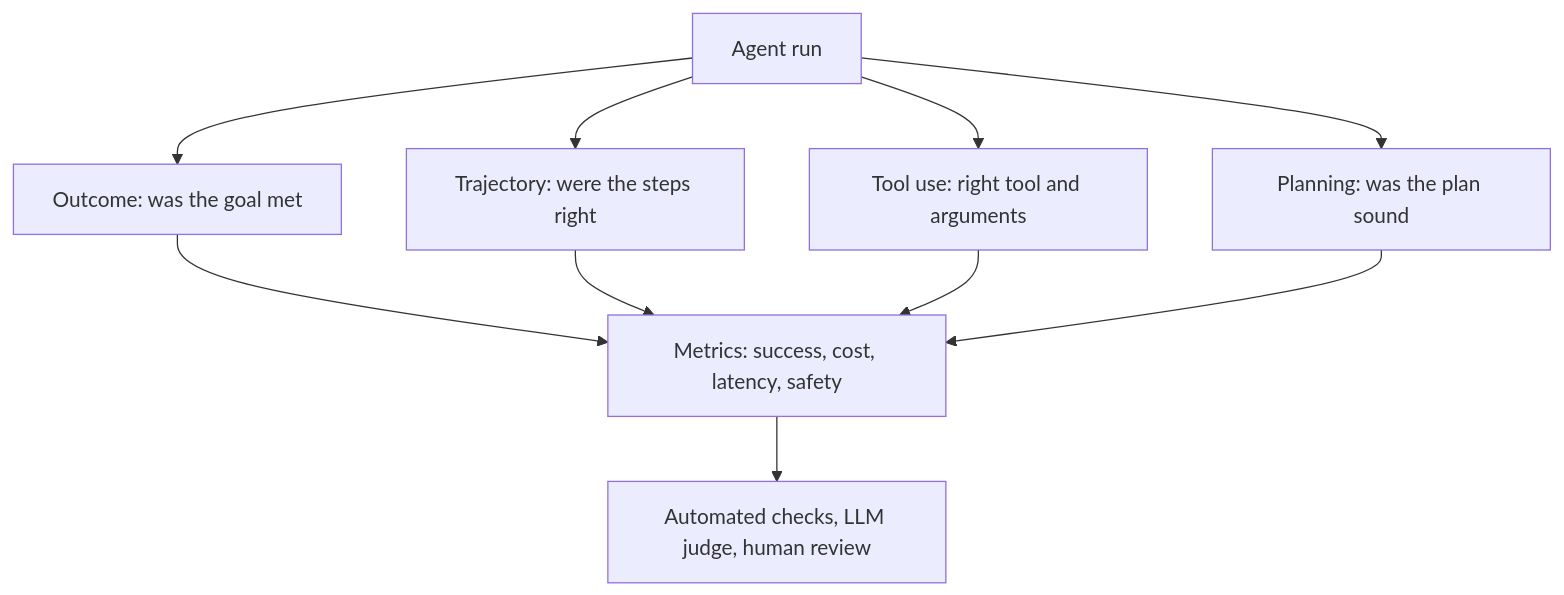
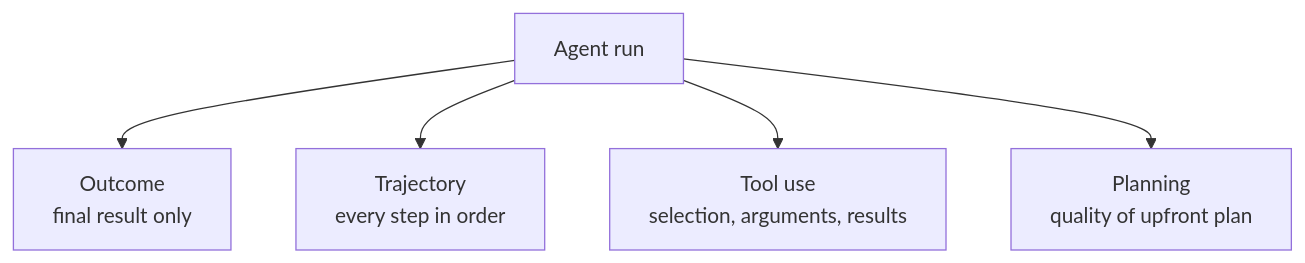
One commit to kaisarnajar/outcome-school-blogs changed the first of 2 diagrams in notes/step-13-evaluation-and-observability/167-ai-agent-evaluation.md. Above: the diagram before and after it, drawn with Mermaid. The commit also changed other lines of this file and 233 other files, not shown here.

````diff
--- a/notes/step-13-evaluation-and-observability/167-ai-agent-evaluation.md
+++ b/notes/step-13-evaluation-and-observability/167-ai-agent-evaluation.md
@@ -45,12 +28,7 @@
 ```mermaid
 flowchart TD
-    A["Agent run"] --> B["Outcome: was the goal met"]
-    A --> C["Trajectory: were the steps right"]
-    A --> D["Tool use: right tool and arguments"]
-    A --> E["Planning: was the plan sound"]
-    B --> F["Metrics: success, cost, latency, safety"]
-    C --> F
-    D --> F
-    E --> F
-    F --> G["Automated checks, LLM judge, human review"]
+    AG["Agent run"] --> O["Outcome<br/>final result only"]
+    AG --> T["Trajectory<br/>every step in order"]
+    AG --> TU["Tool use<br/>selection, arguments, results"]
+    AG --> P["Planning<br/>quality of upfront plan"]
 ```
````
